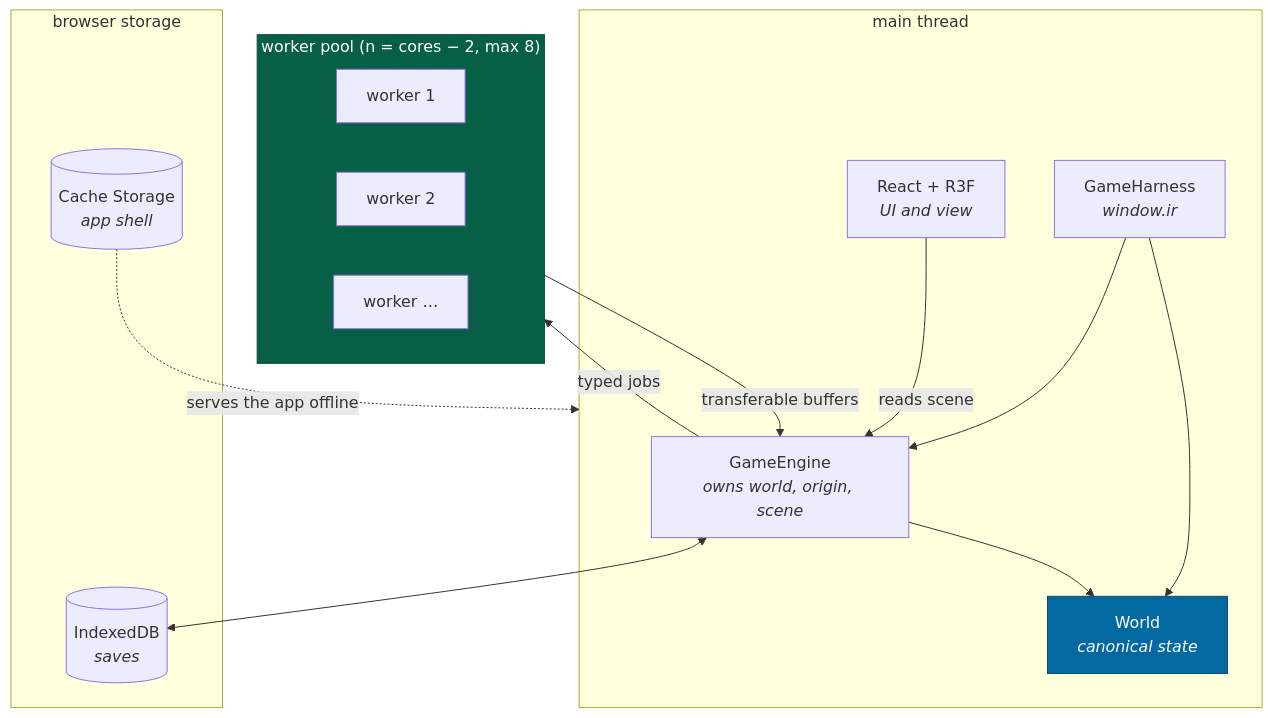
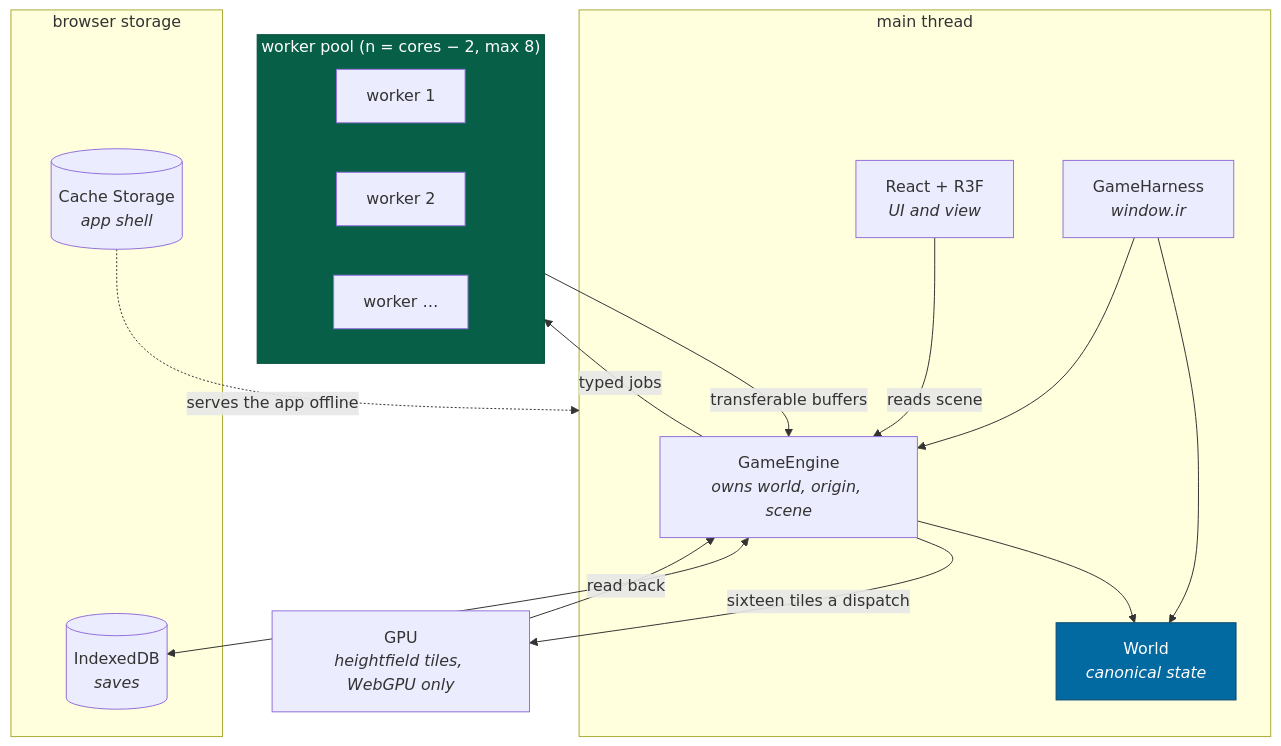
Before and after one commit to jonjaques/inertialref: the sixth of 6 diagrams in docs/architecture.md, drawn with Mermaid. The commit also changed other lines of this file and 51 other files, not shown here.

````diff
--- a/docs/architecture.md
+++ b/docs/architecture.md
@@ -258,32 +258,36 @@
 ```mermaid
 flowchart TB
     subgraph MAIN["main thread"]
         ENGINE["GameEngine<br/><i>owns world, origin, scene</i>"]
         WORLD["World<br/><i>canonical state</i>"]
         REACT["React + R3F<br/><i>UI and view</i>"]
         HARNESS["GameHarness<br/><i>window.ir</i>"]
     end
 
     subgraph POOL["worker pool (n = cores − 2, max 8)"]
         W1["worker 1"]
         W2["worker 2"]
         W3["worker …"]
     end
 
     subgraph STORE["browser storage"]
         IDB[("IndexedDB<br/><i>saves</i>")]
         SW[("Cache Storage<br/><i>app shell</i>")]
     end
 
+    GPU["GPU<br/><i>heightfield tiles, WebGPU only</i>"]
+
     ENGINE --> WORLD
     ENGINE -->|"typed jobs"| POOL
     POOL -->|"transferable buffers"| ENGINE
+    ENGINE -->|"sixteen tiles a dispatch"| GPU
+    GPU -->|"read back"| ENGINE
     REACT -->|"reads scene"| ENGINE
     HARNESS --> WORLD
     HARNESS --> ENGINE
     ENGINE <--> IDB
     SW -.->|"serves the app offline"| MAIN
 
     style WORLD fill:#0369a1,stroke:#0c4a6e,color:#fff
     style POOL fill:#065f46,stroke:#064e3b,color:#fff
 ```
````
